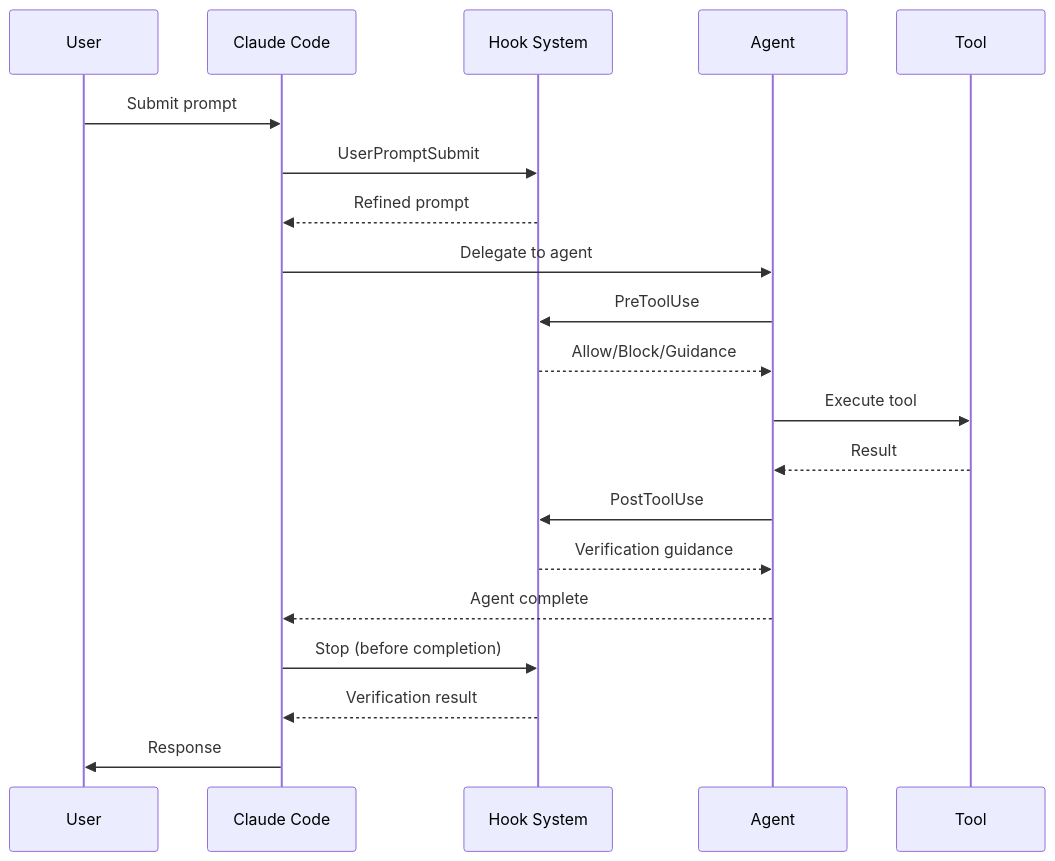
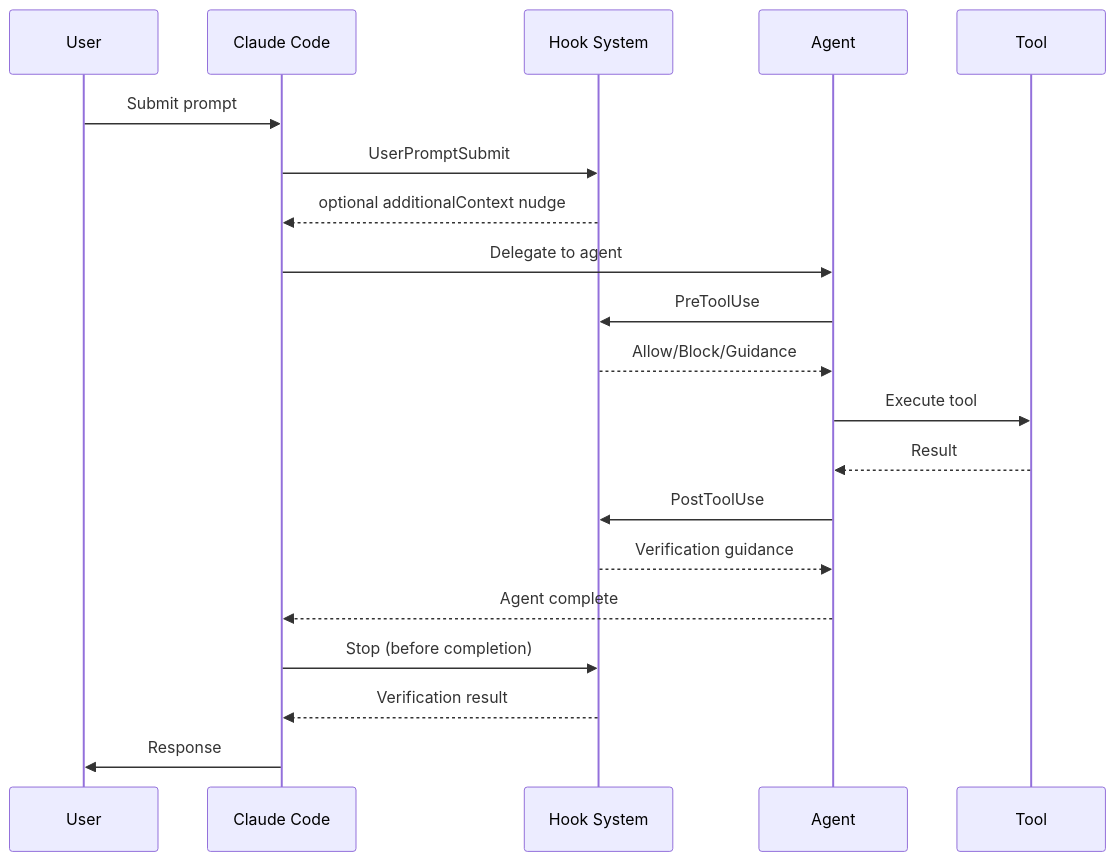
Before and after one commit to josix/agent-flow: the first of 3 diagrams in docs/reference/hooks.md, drawn with Mermaid. The commit also changed other lines of this file and 22 other files, not shown here.

````diff
--- a/docs/reference/hooks.md
+++ b/docs/reference/hooks.md
@@ -17,25 +17,25 @@
 ```mermaid
 sequenceDiagram
     participant U as User
     participant C as Claude Code
     participant H as Hook System
     participant A as Agent
     participant T as Tool
 
     U->>C: Submit prompt
     C->>H: UserPromptSubmit
-    H-->>C: Refined prompt
+    H-->>C: optional additionalContext nudge
 
     C->>A: Delegate to agent
     A->>H: PreToolUse
     H-->>A: Allow/Block/Guidance
     A->>T: Execute tool
     T-->>A: Result
     A->>H: PostToolUse
     H-->>A: Verification guidance
 
     A-->>C: Agent complete
     C->>H: Stop (before completion)
     H-->>C: Verification result
     C->>U: Response
 ```
````
